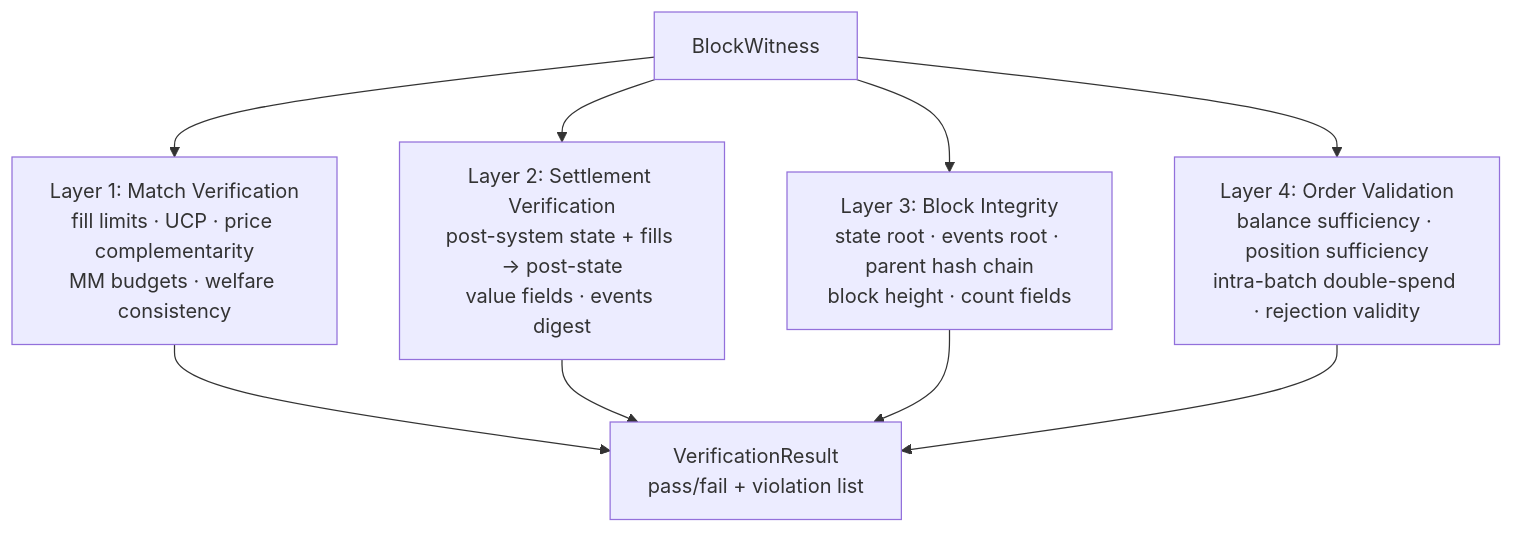
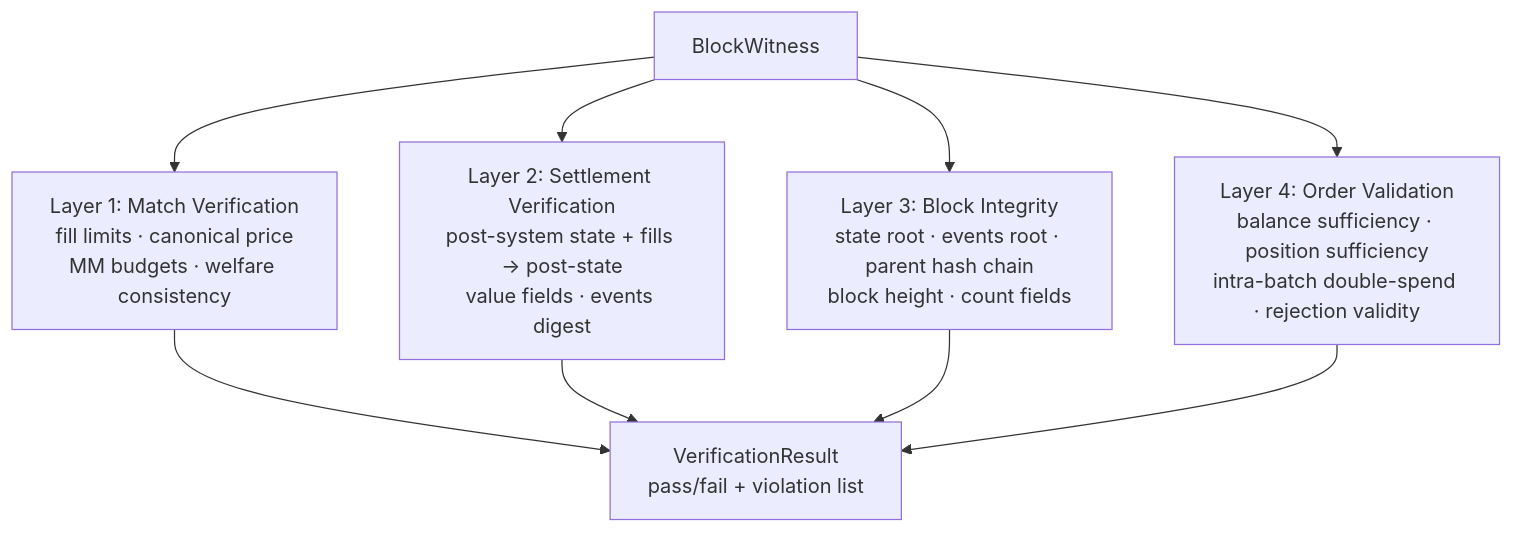
One commit to MetaB0y/sybil changed the diagram in docs/architecture/04-verification/Four-Layer Verification.md. Above: the diagram before and after it, drawn with Mermaid. The commit also changed other lines of this file and 35 other files, not shown here.

````diff
--- a/docs/architecture/04-verification/Four-Layer Verification.md
+++ b/docs/architecture/04-verification/Four-Layer Verification.md
@@ -19,9 +28,9 @@
 ```mermaid
 graph TB
     WITNESS["BlockWitness"]
-    WITNESS --> L1["Layer 1: Match Verification<br/>fill limits · UCP · price complementarity<br/>MM budgets · welfare consistency"]
+    WITNESS --> L1["Layer 1: Match Verification<br/>fill limits · canonical price<br/>MM budgets · welfare consistency"]
     WITNESS --> L2["Layer 2: Settlement Verification<br/>post-system state + fills → post-state<br/>value fields · events digest"]
     WITNESS --> L3["Layer 3: Block Integrity<br/>state root · events root · parent hash chain<br/>block height · count fields"]
     WITNESS --> L4["Layer 4: Order Validation<br/>balance sufficiency · position sufficiency<br/>intra-batch double-spend · rejection validity"]
     L1 & L2 & L3 & L4 --> RESULT["VerificationResult<br/>pass/fail + violation list"]
 ```
````
